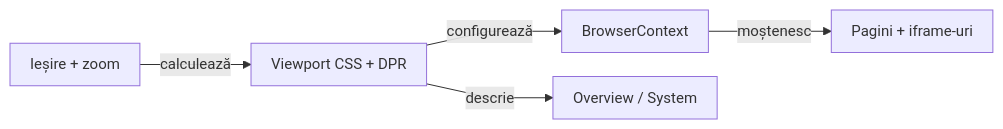
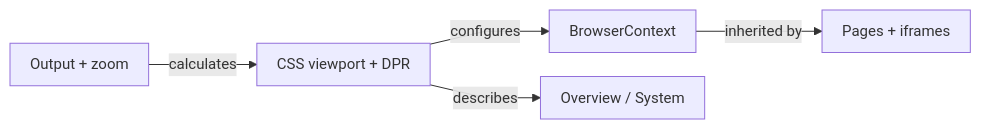
The second of 9 diagrams in atf-ui/README.md (crististefanita/atf_j0), drawn with Mermaid before and after one commit. The commit also changed other lines of this file and 113 other files, not shown here.

````diff
--- a/atf-ui/README.md
+++ b/atf-ui/README.md
@@ -184,8 +197,8 @@
 ```mermaid
 %%{init: {"themeVariables":{"fontSize":"15px"},"themeCSS":".nodeLabel, .nodeLabel p { font-size: 15px !important; line-height: 1.35 !important; } .edgeLabel, .edgeLabel p { font-size: 12px !important; font-weight: 400 !important; line-height: 1.2 !important; } .edgeLabel .labelBkg, .edgeLabel p { background: transparent !important; } .edgeLabel foreignObject { transform: translateY(-18px); overflow: visible; } .node rect { rx: 6px; ry: 6px; }","flowchart":{"curve":"linear","nodeSpacing":24,"rankSpacing":40,"padding":10,"diagramPadding":16}}}%%
 flowchart LR
-    Intent["Ieșire + zoom"] -->|calculează| Geometry["Viewport CSS + DPR"]
-    Geometry -->|configurează| Context["BrowserContext"]
-    Geometry -->|descrie| System["Overview / System"]
-    Context -->|moștenesc| Documents["Pagini + iframe-uri"]
+    Intent["Output + zoom"] -->|calculates| Geometry["CSS viewport + DPR"]
+    Geometry -->|configures| Context["BrowserContext"]
+    Geometry -->|describes| System["Overview / System"]
+    Context -->|inherited by| Documents["Pages + iframes"]
 ```
````
